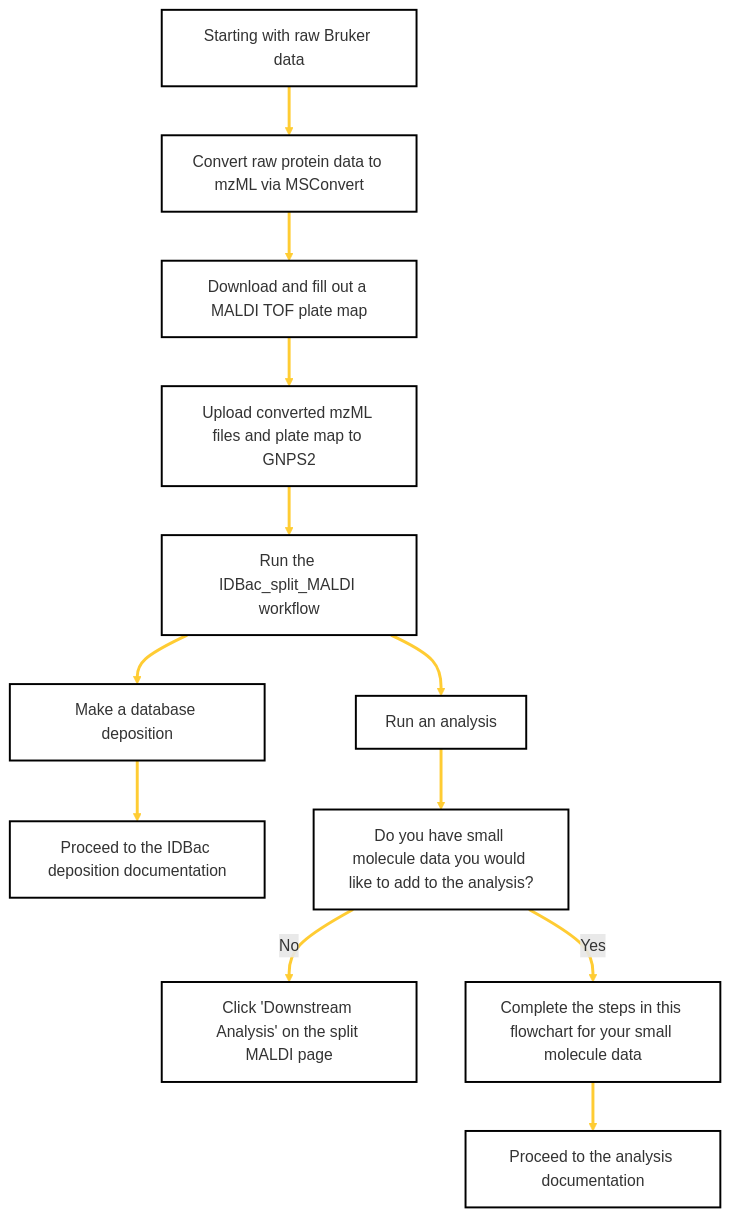
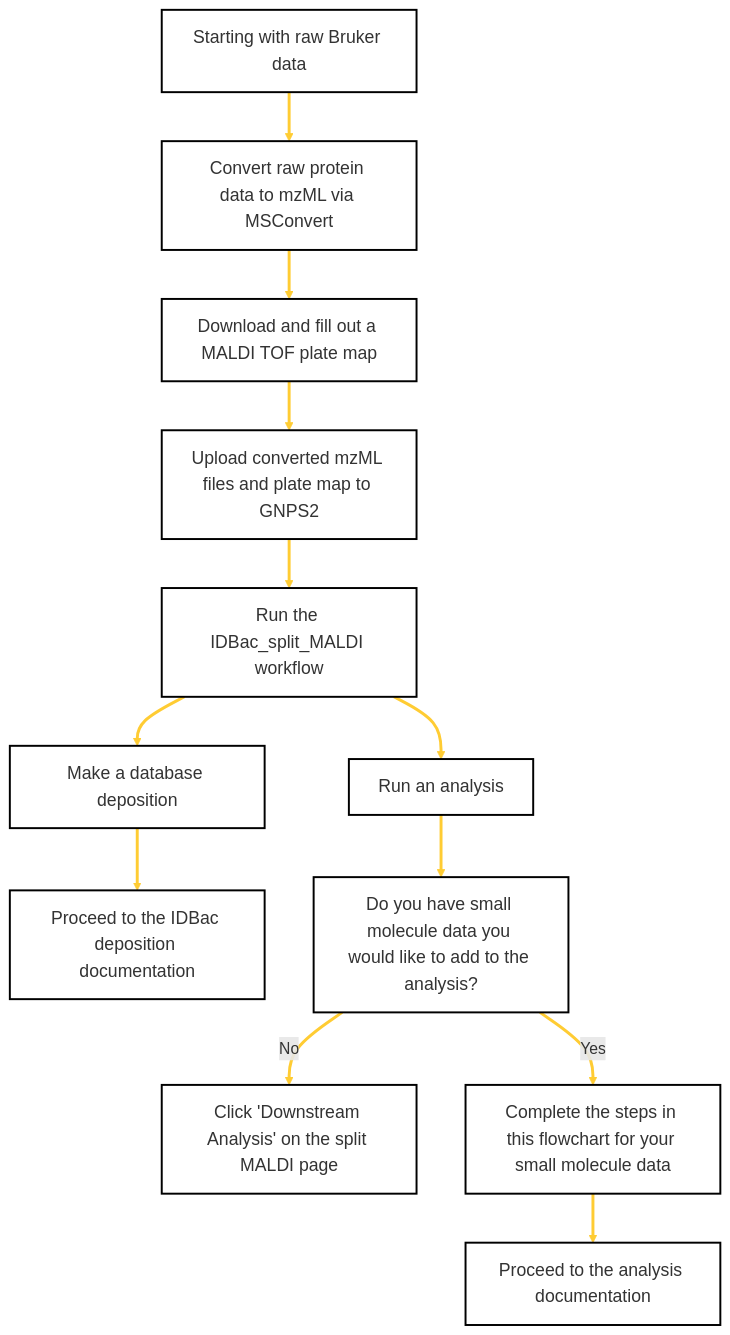
The diagram in docs/idbac-brukerstart-here.md (Wang-Bioinformatics-Lab/GNPS2_Documentation), drawn with Mermaid before and after one commit. The commit also changed other lines of this file, not shown here.

````diff
--- a/docs/idbac-brukerstart-here.md
+++ b/docs/idbac-brukerstart-here.md
@@ -10,52 +10,52 @@
 ```mermaid
 flowchart TD
     A[Starting with raw Bruker data] --> B[Convert raw protein data to mzML via MSConvert]
     B --> C[Download and fill out a MALDI TOF plate map]
     C --> D[Upload converted mzML files and plate map to GNPS2]
     D --> E[Run the IDBac_split_MALDI workflow]
     E --> F[Make a database deposition]
     F --> G[Proceed to the IDBac deposition documentation]
     E --> H[Run an analysis]
     H --> I[Do you have small molecule data you would like to add to the analysis?]
     I --> |No| J[Click 'Downstream Analysis' on the split MALDI page]
     I --> |Yes| K[Complete the steps in this flowchart for your small molecule data]
     K --> L[Proceed to the analysis documentation]
     
     click B href "https://proteowizard.sourceforge.io/"
     click C href "https://docs.google.com/spreadsheets/d/1ihFy6lQyJtWy9fp46ahMPWk7xLp2tJ3q/edit?usp=sharing&ouid=102573514213912402103&rtpof=true&sd=true"
     click D href "https://gnps2.org/homepage"
     click E href "https://gnps2.org/workflowinput?workflowname=idbac_split_maldi_workflow"
     click G href "https://wang-bioinformatics-lab.github.io/GNPS2_Documentation/idbacdepositions/)"
     click L href "https://wang-bioinformatics-lab.github.io/GNPS2_Documentation/idbacsumbmitdata/"
 
  %% Styling
-    style A fill:#FFFFFF,stroke:#000000,stroke-width:2px,font-size:16px
-    style B fill:#FFFFFF,stroke:#000000,stroke-width:2px,font-size:16px
-    style C fill:#FFFFFF,stroke:#000000,stroke-width:2px,font-size:16px
-    style D fill:#FFFFFF,stroke:#000000,stroke-width:2px,font-size:16px
-    style E fill:#FFFFFF,stroke:#000000,stroke-width:2px,font-size:16px
-    style F fill:#FFFFFF,stroke:#000000,stroke-width:2px,font-size:16px
-    style G fill:#FFFFFF,stroke:#000000,stroke-width:2px,font-size:16px
-    style H fill:#FFFFFF,stroke:#000000,stroke-width:2px,font-size:16px
-    style I fill:#FFFFFF,stroke:#000000,stroke-width:2px,font-size:16px
-    style J fill:#FFFFFF,stroke:#000000,stroke-width:2px,font-size:16px
-    style K fill:#FFFFFF,stroke:#000000,stroke-width:2px,font-size:16px
-    style L fill:#FFFFFF,stroke:#000000,stroke-width:2px,font-size:16px
+    style A fill:#FFFFFF,stroke:#000000,stroke-width:2px,font-size:18px
+    style B fill:#FFFFFF,stroke:#000000,stroke-width:2px,font-size:18px
+    style C fill:#FFFFFF,stroke:#000000,stroke-width:2px,font-size:18px
+    style D fill:#FFFFFF,stroke:#000000,stroke-width:2px,font-size:18px
+    style E fill:#FFFFFF,stroke:#000000,stroke-width:2px,font-size:18px
+    style F fill:#FFFFFF,stroke:#000000,stroke-width:2px,font-size:18px
+    style G fill:#FFFFFF,stroke:#000000,stroke-width:2px,font-size:18px
+    style H fill:#FFFFFF,stroke:#000000,stroke-width:2px,font-size:18px
+    style I fill:#FFFFFF,stroke:#000000,stroke-width:2px,font-size:18px
+    style J fill:#FFFFFF,stroke:#000000,stroke-width:2px,font-size:18px
+    style K fill:#FFFFFF,stroke:#000000,stroke-width:2px,font-size:18px
+    style L fill:#FFFFFF,stroke:#000000,stroke-width:2px,font-size:18px
     
    
 
 %% Link Styling
     linkStyle 0 stroke:#ffcc33,stroke-width:3px
     linkStyle 1 stroke:#ffcc33,stroke-width:3px
     linkStyle 2 stroke:#ffcc33,stroke-width:3px
     linkStyle 3 stroke:#ffcc33,stroke-width:3px
     linkStyle 4 stroke:#ffcc33,stroke-width:3px
     linkStyle 5 stroke:#ffcc33,stroke-width:3px
     linkStyle 6 stroke:#ffcc33,stroke-width:3px
     linkStyle 7 stroke:#ffcc33,stroke-width:3px
     linkStyle 8 stroke:#ffcc33,stroke-width:3px
     linkStyle 9 stroke:#ffcc33,stroke-width:3px
     linkStyle 10 stroke:#ffcc33,stroke-width:3px
     
 
 ```
````
